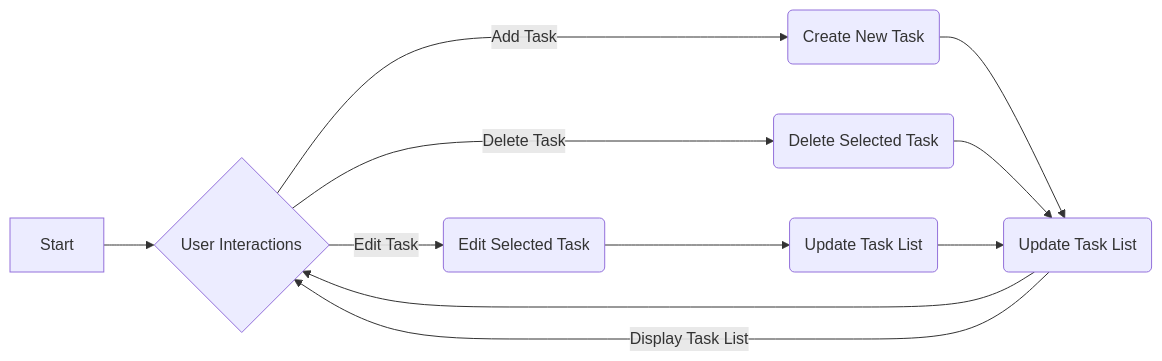
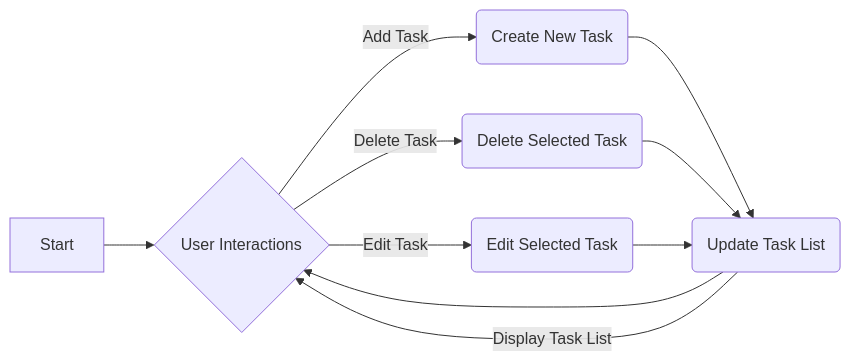
One commit to CompIsle/Unit-16-A2 changed the diagram in doc/Problem 1 Doc.md. Above: the diagram before and after it, drawn with Mermaid.

Commit message:
Update Problem 1 Doc.md

````diff
--- a/doc/Problem 1 Doc.md
+++ b/doc/Problem 1 Doc.md
@@ -32,13 +32,12 @@
 ```mermaid
 graph LR
     A[Start] --> B{User Interactions}
     B -- Add Task --> C(Create New Task)
     C --> D(Update Task List)
     D --> B
     B -- Delete Task --> E(Delete Selected Task)
     E --> D
     B -- Edit Task --> F(Edit Selected Task)
-    F --> G(Update Task List)
-    G --> D
+    F --> D
     D -- Display Task List --> B
 ```
````
